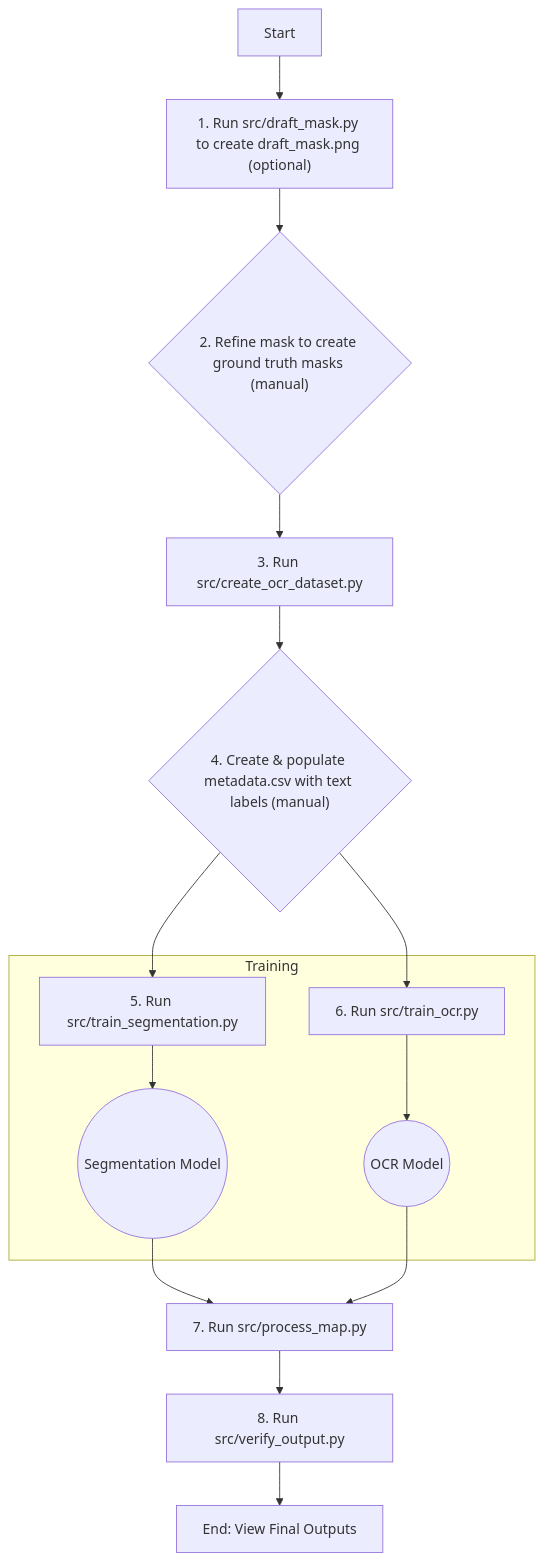
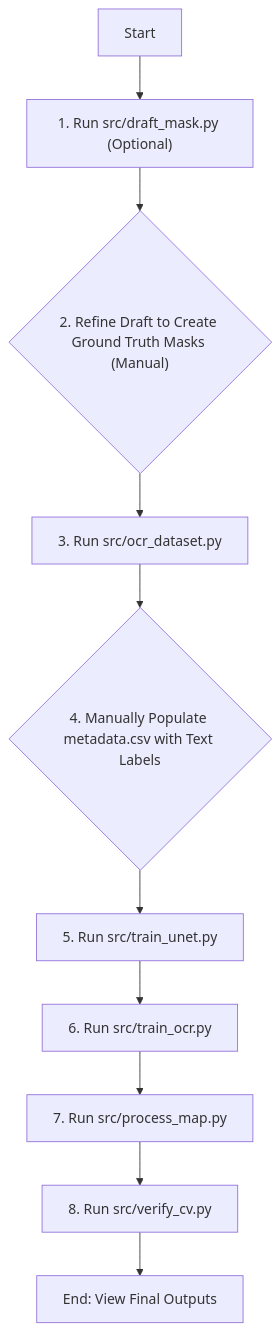
The diagram in README.md (owhonda-moses/map-digitization), drawn with Mermaid before and after one commit. The commit also changed other lines of this file, not shown here.

````diff
--- a/README.md
+++ b/README.md
@@ -40,16 +40,13 @@
 ```mermaid
 flowchart TD
-    A["Start"] --> B["1. Run src/draft_mask.py to create draft_mask.png (optional)"];
-    B --> C{"2. Refine mask to create ground truth masks (manual)"};
-    C --> D["3. Run src/create_ocr_dataset.py"];
-    D --> E{"4. Create & populate metadata.csv with text labels (manual)"};
-    E --> F["5. Run src/train_segmentation.py"];
-    E --> G["6. Run src/train_ocr.py"];
-    subgraph Training
-        F --> H((Segmentation Model));
-        G --> I((OCR Model));
-    end
-    H & I --> J["7. Run src/process_map.py"];
-    J --> K["8. Run src/verify_output.py"];
-    K --> L["End: View Final Outputs"];
+    A["Start"]
+    --> B["1. Run src/draft_mask.py (Optional)"]
+    --> C{"2. Refine Draft to Create Ground Truth Masks (Manual)"}
+    --> D["3. Run src/ocr_dataset.py"]
+    --> E{"4. Manually Populate metadata.csv with Text Labels"}
+    --> F["5. Run src/train_unet.py"]
+    --> G["6. Run src/train_ocr.py"]
+    --> H["7. Run src/process_map.py"]
+    --> I["8. Run src/verify_cv.py"]
+    --> J["End: View Final Outputs"]
 ```
````
